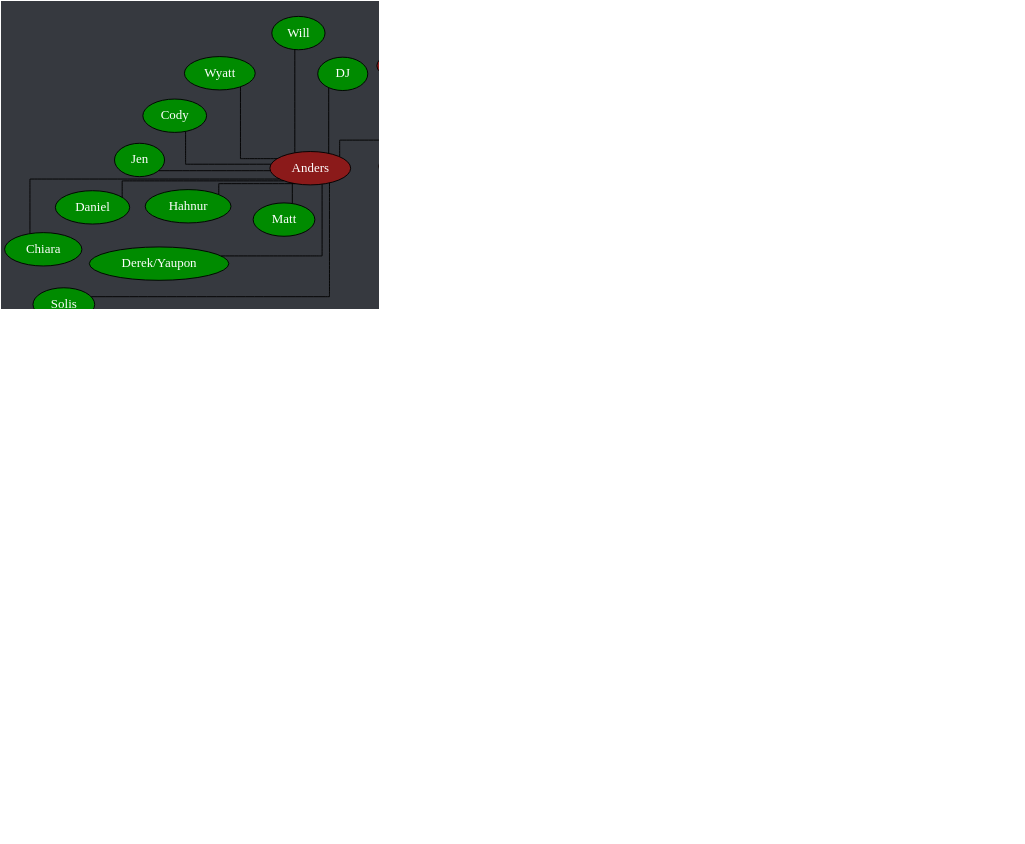
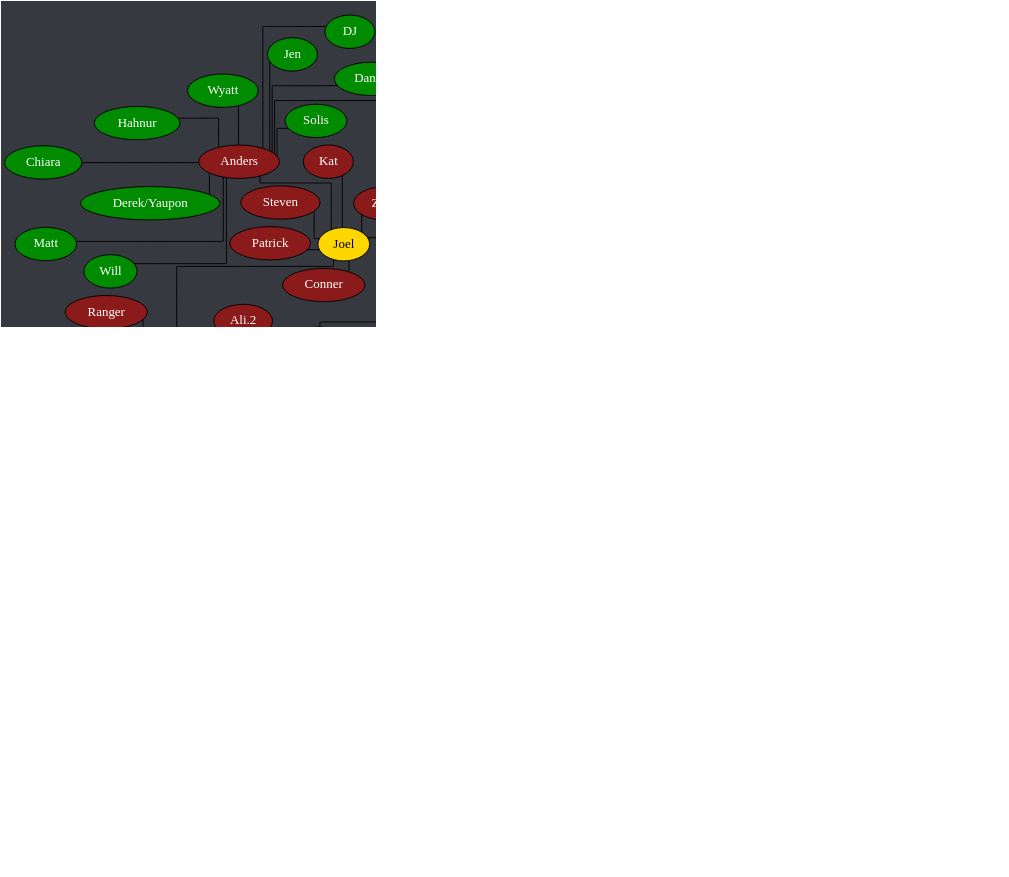
One commit to Documidas/CoronaCatzFamilyTree changed the diagram in tree.dot. Above: the diagram before and after it, drawn with Graphviz. The commit also changed 1 other file, not shown here.

Commit message:
Add John Boi

```diff
--- a/tree.dot
+++ b/tree.dot
@@ -1,164 +1,165 @@
 strict graph {
 	// Layout Configuration
 	layout = neato;
 	dpi = 200;
 	epsilon = 0.01;
 	mode = major;
 	model = subset;
 	overlap = false;
 	splines = ortho;
 	start = rand;
 
 	// Visual Configuration
 	graph [ truecolor=true bgcolor="#36393f" ];
 	node [ style=filled fillcolor="gray" fontcolor="black" ];
 
 	subgraph "Joel" {
 		node [ style=filled fillcolor="firebrick4" fontcolor="white" ];
 		Joel [ style=filled fillcolor="gold" fontcolor="black" ];
 
 		Cayla -- "Ali.2";
 		Cayla -- Jonathan;
 		Cayla -- Kate;
 		Cayla -- Ranger;
 		Joel -- Anders;
 		Joel -- Cayla;
 		Joel -- Conner;
 		Joel -- Jared;
 		Joel -- Kat;
 		Joel -- Patrick;
 		Joel -- Steven;
 		Joel -- Zach;
 	}
 
 	subgraph "Anders" {
 		node [ style=filled fillcolor="green4" fontcolor="white" ];
 		// Anders [ style=filled fillcolor="green4" fontcolor="white" ];
 
 		Anders -- Chiara;
 		Anders -- Cody;
 		Anders -- Daniel;
 		Anders -- "Derek/Yaupon";
 		Anders -- DJ;
 		Anders -- Hahnur;
 		Anders -- Jen;
 		Anders -- Matt;
 		Anders -- Solis;
 		Anders -- Will;
 		Anders -- Wyatt;
 	}
 
 	subgraph "Jared" {
 		node [ style=filled fillcolor="royalblue" fontcolor="black" ];
 		// Jared [ style=filled fillcolor="royalblue" fontcolor="black" ];
 
 		Andrew -- Hannah;
 		Dave -- Everett;
 		Donnie -- Bryan;
 		Donnie -- Troy;
 		Greg -- "Ali.1";
 		Greg -- Andrew;
 		Greg -- Carter;
+		Greg -- "John Boi";
 		Hannah -- Logan;
 		Jared -- Brandi;
 		Jared -- Dave;
 		Jared -- Donnie;
 		Jared -- Fabi;
 		Jared -- "Jack.2";
 		Jared -- Kamon;
 		Jared -- Greg;
 		Jared -- Isabelle;
 		Jared -- Mason;
 		Jared -- Mehmet;
 		Jared -- Nam;
 		Jared -- Spencer;
 		Jared -- Tyler;
 		Jared -- "Zach/Laniakea";
 		Jared -- "Zöe";
 		Logan -- Raana;
 		Troy -- Drake;
 		Tyler -- Gaby;
 	}
 
 	subgraph "Zach/Laniakea" {
 		node [ style=filled fillcolor="#4eff2c" fontcolor="black" ];
 		// "Zach/Laniakea" [ style=filled fillcolor="#4eff2c" fontcolor="black" ];
 
 		"Caio.2" -- "Kyle.1";
 		"Caio.2" -- Lucas;
 		"Zach/Laniakea" -- Allen;
 		"Zach/Laniakea" -- "Caio.2";
 		"Zach/Laniakea" -- Colin;
 		"Zach/Laniakea" -- John;
 		"Zach/Laniakea" -- Kevin;
 		"Zach/Laniakea" -- "Kyle.0";
 		"Zach/Laniakea" -- Mike;
 		"Zach/Laniakea" -- "Ryan.1";
 	}
 
 	subgraph "John" {
 		node [ style=filled fillcolor="#c89b3c" fontcolor="black" ];
 		// John [ style=filled fillcolor="#c89b3c" fontcolor="black" ];
 
 		Haber -- "Derek/Nomad";
 		John -- Anna;
 		John -- Emily;
 		John -- Haber;
 		John -- Jay;
 		John -- Jack;
 		John -- Lara;
 		John -- Monarch;
 		John -- "Oliger/Leanza";
 		John -- Thomas;
 	}
 
 	subgraph "John-stream" {
 		// node [ style=filled fillcolor="#9147ff" fontcolor="black" ];
 		node [ style=filled fillcolor="#c89b3c" fontcolor="black" ];
 
 		John -- "Michael/Wheezy";
 	}
 
 	subgraph "Thomas" {
 		node [ style=filled fillcolor="#b04900" fontcolor="black" ];
 		// Thomas [ style=filled fillcolor="#b04900" fontcolor="black" ];
 
 		Thomas -- Alex;
 		Thomas -- JD;
 		Thomas -- Josh;
 		Thomas -- Juan;
 		Thomas -- Taylor;
 		Thomas -- Tony;
 		Thomas -- "Travis.1";
 		Thomas -- "Travis.2";
 		Tony -- GT;
 	}
 
 	subgraph "Alex" {
 		node [ style=filled fillcolor="#6f2da8" fontcolor="white" ];
 		// Alex [ style=filled fillcolor="#6f2da8" fontcolor="black" ];
 
 		Alex -- "Alex/Blitt";
 		Alex -- "Da'Von";
 		Alex -- Sam;
 		"Alex/Blitt" -- Alan;
 		"Alex/Blitt" -- "Alex the 3rd";
 		"Alex/Blitt" -- Brian;
 		"Alex/Blitt" -- Carlos;
 		"Alex/Blitt" -- Chris;
 		"Alex/Blitt" -- Frank;
 		"Alex/Blitt" -- Gabe;
 		"Alex/Blitt" -- "Kyle.3";
 		"Alex/Blitt" -- Laske;
 		"Alex/Blitt" -- "Ryan.2";
 		"Alex/Blitt" -- "Sam.2";
 		"Da'Von" -- Dalton;
 		"Da'Von" -- Dalyn;
 		"Da'Von" -- Kuri;
 		"Da'Von" -- Zellar;
 		Dalton -- Graysen;
 		Kuri -- Drew;
 		Kuri -- Jon;
 		Kuri -- Karma;
 	}
 }
```
